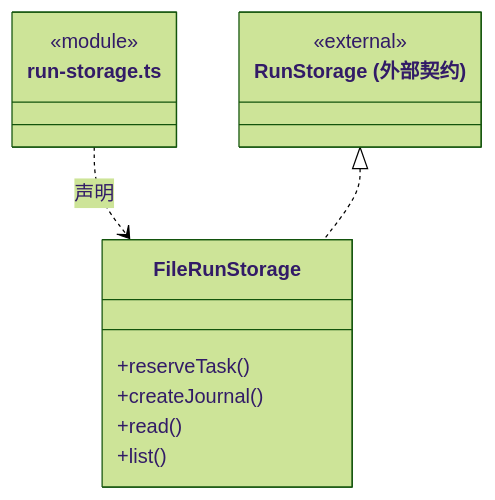
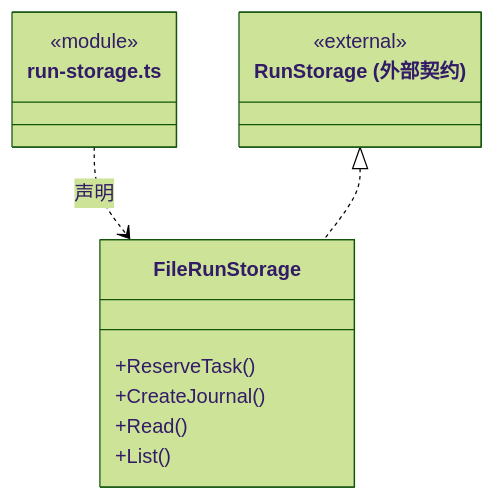
The third of 4 diagrams in src/logic/execution/storage/ARCHITECTURE.md (nan023062/cbim), drawn with Mermaid (forest theme) before and after one commit. The commit also changed other lines of this file and 1035 other files, not shown here.

````diff
--- a/src/logic/execution/storage/ARCHITECTURE.md
+++ b/src/logic/execution/storage/ARCHITECTURE.md
@@ -69,17 +69,17 @@
 ```mermaid
 classDiagram
 class N_src_logic_execution_storage_run_storage_ts["run-storage.ts"] {
   <<module>>
 }
 class N_src_logic_execution_storage_run_storage_ts_FileRunStorage["FileRunStorage"] {
-  +reserveTask()
-  +createJournal()
-  +read()
-  +list()
+  +ReserveTask()
+  +CreateJournal()
+  +Read()
+  +List()
 }
 N_src_logic_execution_storage_run_storage_ts ..> N_src_logic_execution_storage_run_storage_ts_FileRunStorage : 声明
 class N_src_logic_execution_storage_run_storage_ts_external_RunStorage["RunStorage (外部契约)"] {
   <<external>>
 }
 N_src_logic_execution_storage_run_storage_ts_external_RunStorage <|.. N_src_logic_execution_storage_run_storage_ts_FileRunStorage
 ```
````
